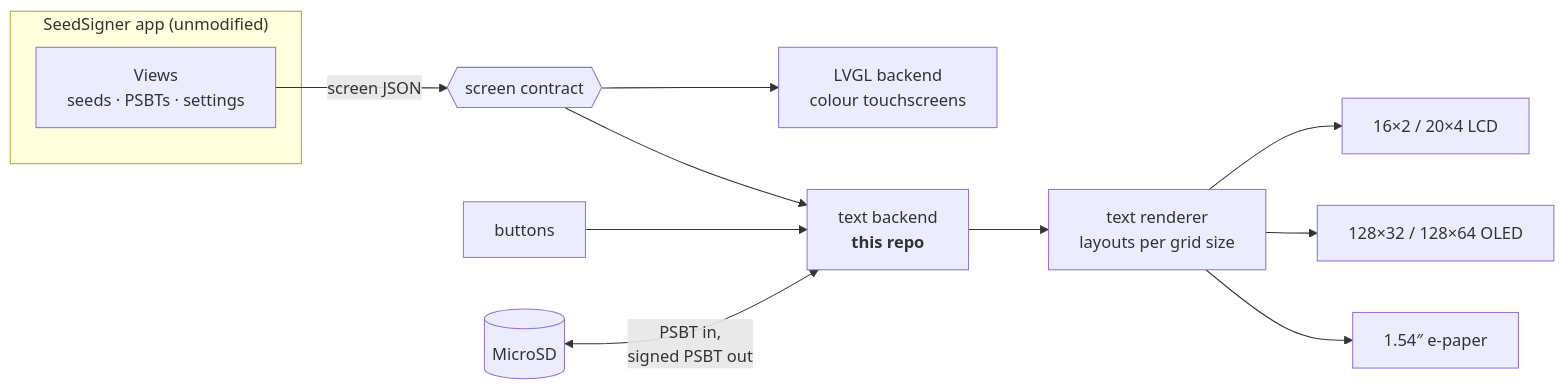
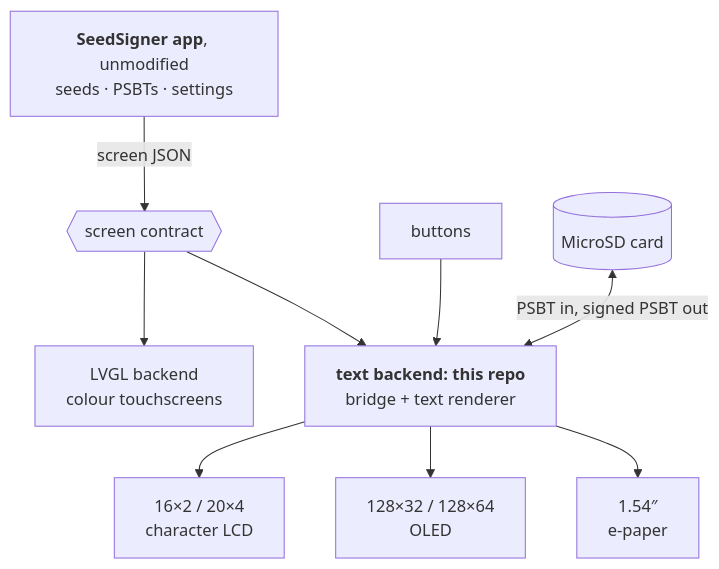
The diagram in README.md (aphrodoe/seedsigner-constrained-ui-runner), drawn with Mermaid before and after one commit.

Commit message:
docs(readme): draw the diagram top to bottom so it fits

````diff
--- a/README.md
+++ b/README.md
@@ -30,15 +30,12 @@
 ```mermaid
-flowchart LR
-    subgraph app ["SeedSigner app (unmodified)"]
-        V["Views<br/>seeds · PSBTs · settings"]
-    end
+flowchart TD
+    V["<b>SeedSigner app</b>, unmodified<br/>seeds · PSBTs · settings"]
     V -- "screen JSON" --> C{{"screen contract"}}
     C --> L["LVGL backend<br/>colour touchscreens"]
-    C --> B["text backend<br/><b>this repo</b>"]
-    B --> R["text renderer<br/>layouts per grid size"]
-    R --> D1["16×2 / 20×4 LCD"]
-    R --> D2["128×32 / 128×64 OLED"]
-    R --> D3["1.54″ e-paper"]
+    C --> B["<b>text backend: this repo</b><br/>bridge + text renderer"]
     K["buttons"] --> B
-    SD[("MicroSD")] <-- "PSBT in,<br/>signed PSBT out" --> B
+    SD[("MicroSD card")] <-- "PSBT in, signed PSBT out" --> B
+    B --> D1["16×2 / 20×4<br/>character LCD"]
+    B --> D2["128×32 / 128×64<br/>OLED"]
+    B --> D3["1.54″<br/>e-paper"]
 ```
````
